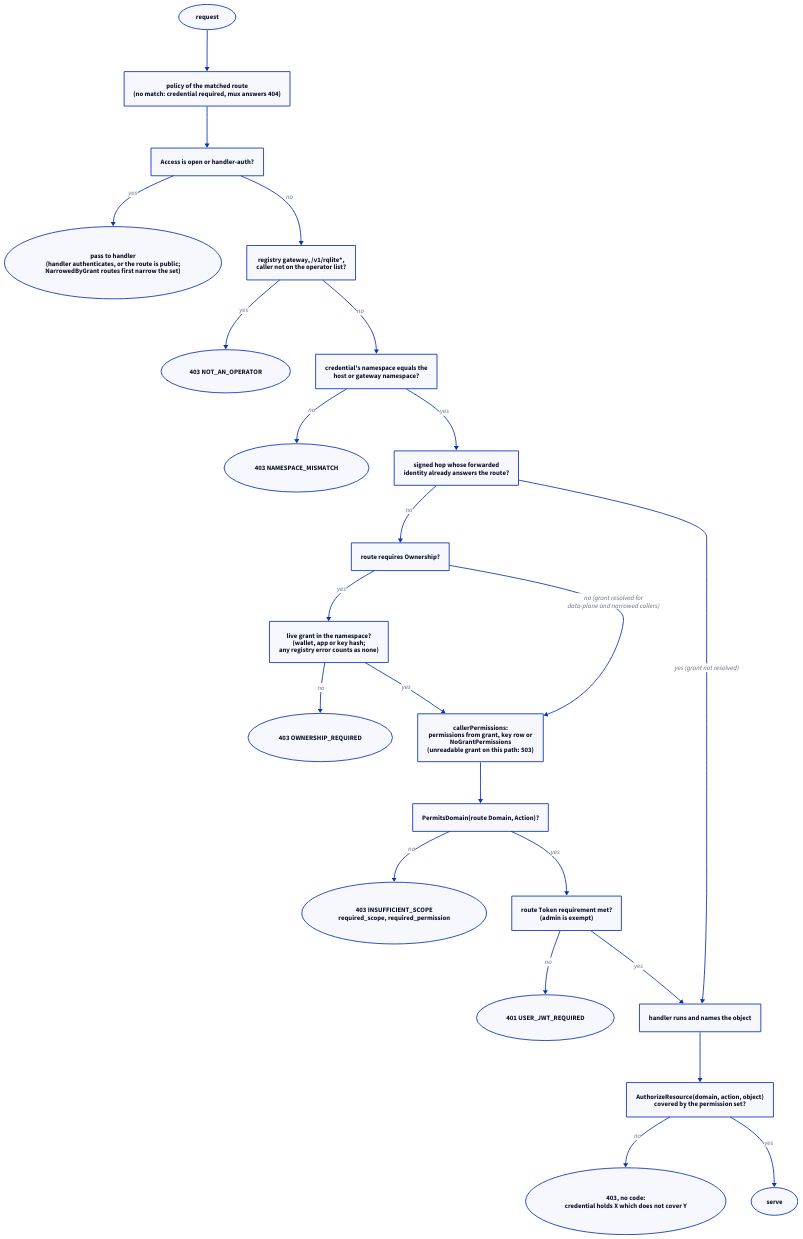
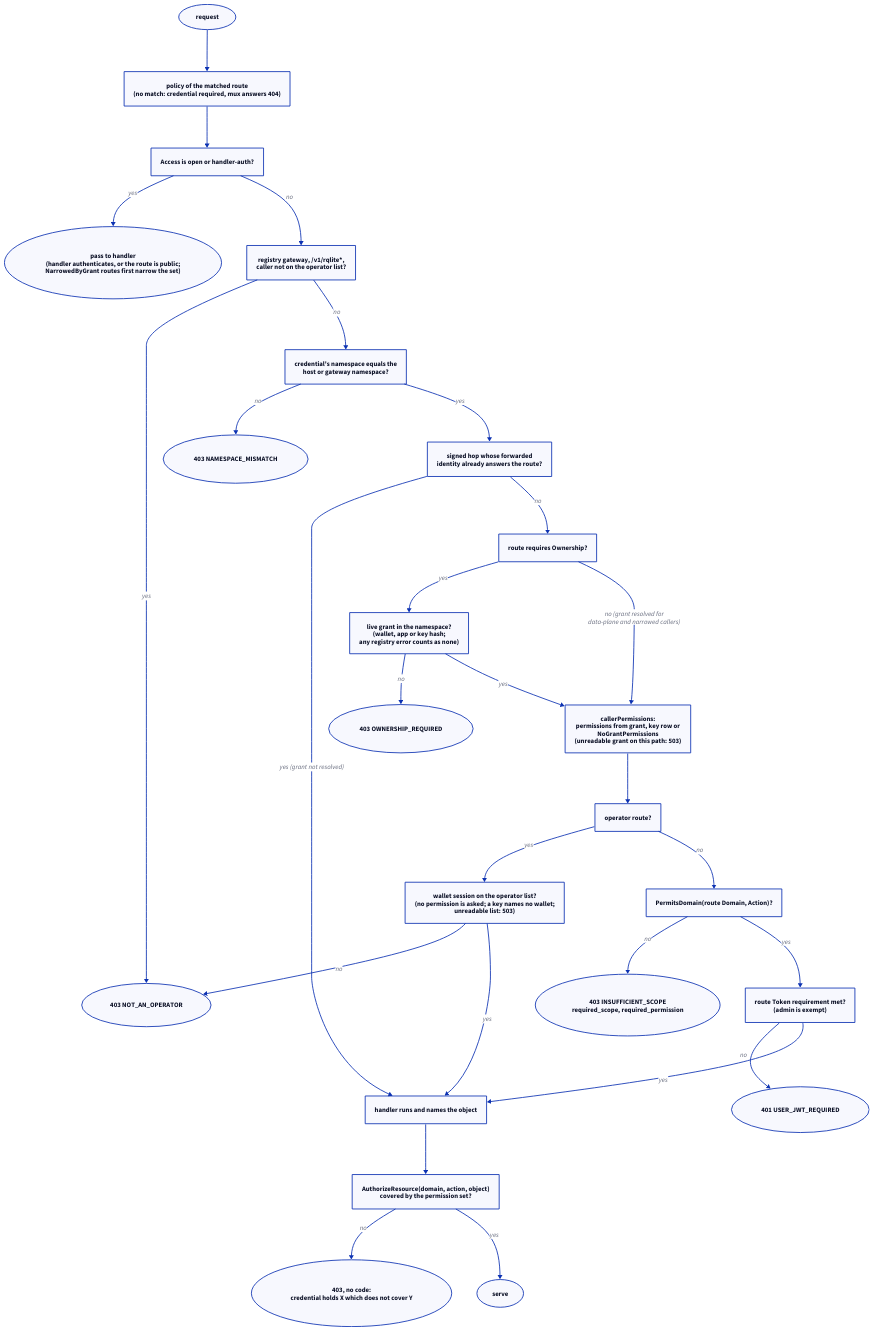
Before and after one commit to DeBrosOfficial/network: the diagram in docs/whitepaper/technical-reference/diagrams/ch14-decision-flow.d2, drawn with D2. The commit also changed 59 other files, not shown here.

```diff
--- a/docs/whitepaper/technical-reference/diagrams/ch14-decision-flow.d2
+++ b/docs/whitepaper/technical-reference/diagrams/ch14-decision-flow.d2
@@ -1,46 +1,52 @@
 direction: down
 
 req: "request" {shape: oval}
 pol: "policy of the matched route\n(no match: credential required, mux answers 404)"
 anon: "Access is open or handler-auth?"
 pass: "pass to handler\n(handler authenticates, or the route is public;\nNarrowedByGrant routes first narrow the set)" {shape: oval}
 reg: "registry gateway, /v1/rqlite*,\ncaller not on the operator list?"
 r403op: "403 NOT_AN_OPERATOR" {shape: oval}
 ns: "credential's namespace equals the\nhost or gateway namespace?"
 r403ns: "403 NAMESPACE_MISMATCH" {shape: oval}
 hop: "signed hop whose forwarded\nidentity already answers the route?"
 own: "route requires Ownership?"
 grant: "live grant in the namespace?\n(wallet, app or key hash;\nany registry error counts as none)"
 r403own: "403 OWNERSHIP_REQUIRED" {shape: oval}
 perms: "callerPermissions:\npermissions from grant, key row or\nNoGrantPermissions\n(unreadable grant on this path: 503)"
+op: "operator route?"
+opl: "wallet session on the operator list?\n(no permission is asked; a key names no wallet;\nunreadable list: 503)"
 dom: "PermitsDomain(route Domain, Action)?"
 r403scope: "403 INSUFFICIENT_SCOPE\nrequired_scope, required_permission" {shape: oval}
 tok: "route Token requirement met?\n(admin is exempt)"
 r401tok: "401 USER_JWT_REQUIRED" {shape: oval}
 h: "handler runs and names the object"
 obj: "AuthorizeResource(domain, action, object)\ncovered by the permission set?"
 r403obj: "403, no code:\ncredential holds X which does not cover Y" {shape: oval}
 ok: "serve" {shape: oval}
 
 req -> pol
 pol -> anon
 anon -> pass: "yes"
 anon -> reg: "no"
 reg -> r403op: "yes"
 reg -> ns: "no"
 ns -> r403ns: "no"
 ns -> hop: "yes"
 hop -> h: "yes (grant not resolved)"
 hop -> own: "no"
 own -> grant: "yes"
 own -> perms: "no (grant resolved for\ndata-plane and narrowed callers)"
 grant -> r403own: "no"
 grant -> perms: "yes"
-perms -> dom
+perms -> op
+op -> opl: "yes"
+op -> dom: "no"
+opl -> r403op: "no"
+opl -> h: "yes"
 dom -> r403scope: "no"
 dom -> tok: "yes"
 tok -> r401tok: "no"
 tok -> h: "yes"
 h -> obj
 obj -> r403obj: "no"
 obj -> ok: "yes"
```
